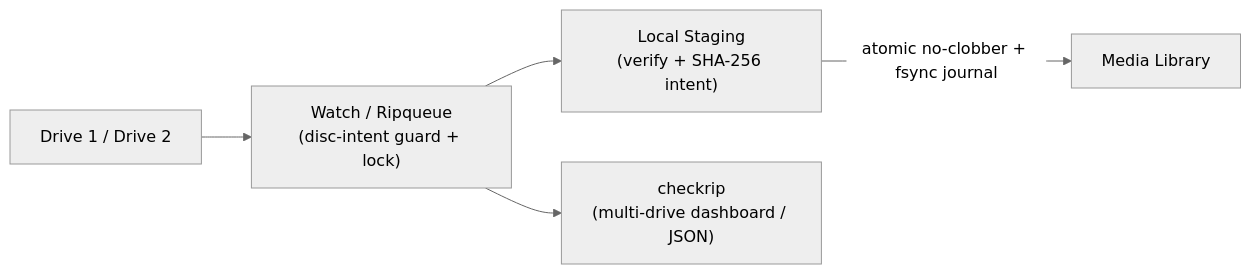
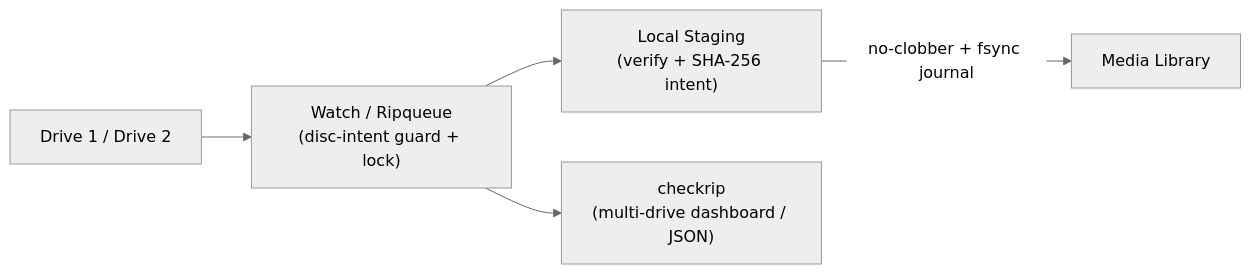
One commit to trevorgordon981/trevorgordon981 changed the third of 3 diagrams in README.md. Above: the diagram before and after it, drawn with Mermaid (neutral theme). The commit also changed other lines of this file, not shown here.

````diff
--- a/README.md
+++ b/README.md
@@ -60,7 +60,7 @@
 ```mermaid
 flowchart LR
   D["Drive 1 / Drive 2"] --> W["Watch / Ripqueue\n(disc-intent guard + lock)"]
   W --> S["Local Staging\n(verify + SHA-256 intent)"]
-  S -->|"atomic no-clobber + fsync journal"| N["Media Library"]
+  S -->|"no-clobber + fsync journal"| N["Media Library"]
   W --> C["checkrip\n(multi-drive dashboard / JSON)"]
 ```
````
